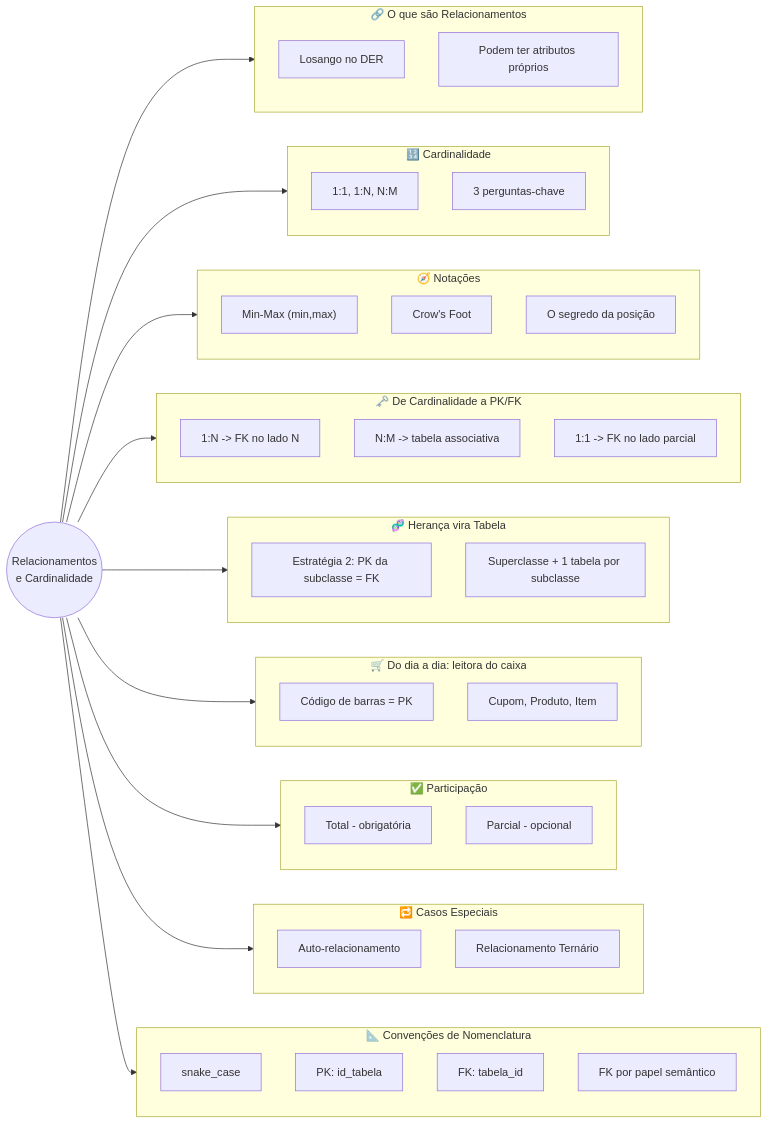
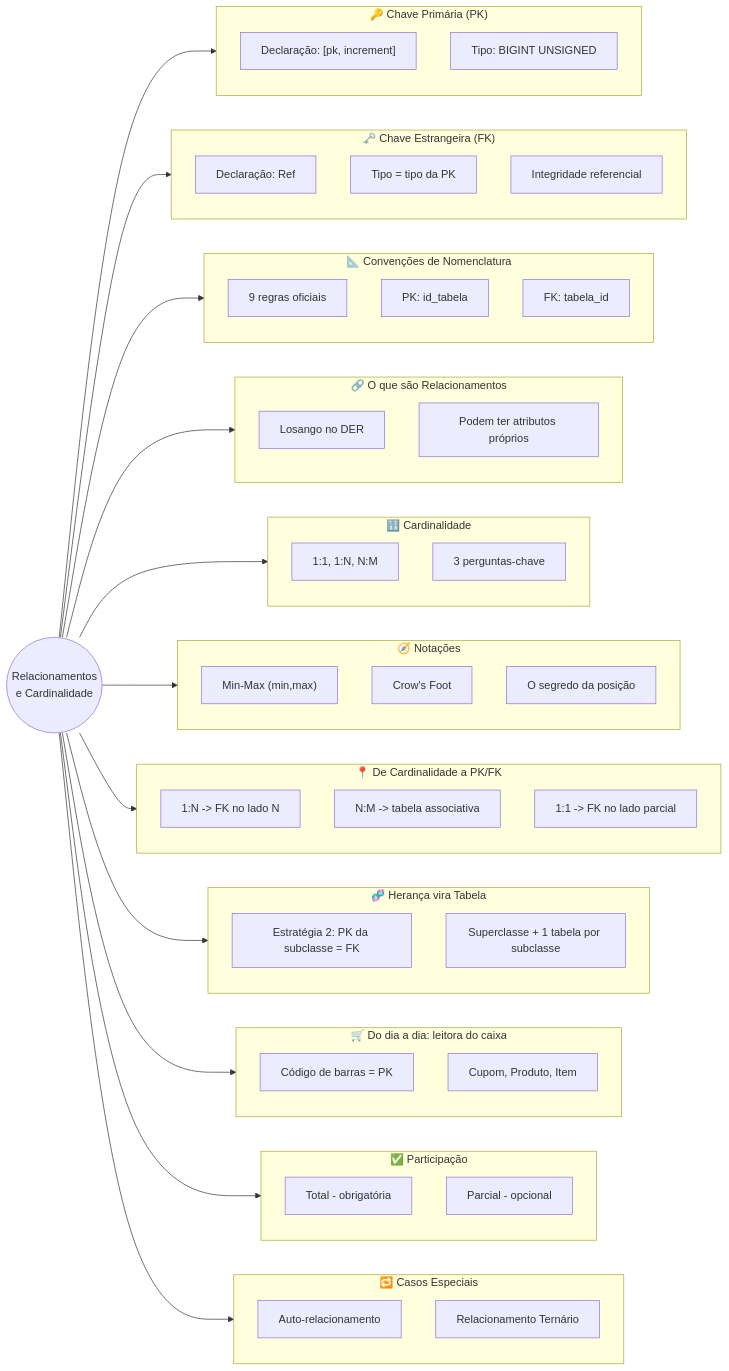
One commit to GTI-Fatec-Jahu/BDA-GTI-2026-2 changed the first of 13 diagrams in docs/aulas/Aula_03_Relacionamentos_Cardinalidade.md. Above: the diagram before and after it, drawn with Mermaid. The commit also changed other lines of this file and 3 other files, not shown here.

````diff
--- a/docs/aulas/Aula_03_Relacionamentos_Cardinalidade.md
+++ b/docs/aulas/Aula_03_Relacionamentos_Cardinalidade.md
@@ -28,69 +30,83 @@
     ROOT(("Relacionamentos<br/>e Cardinalidade"))
 
     ROOT --> T1
-    subgraph T1["🔗 O que são Relacionamentos"]
+    subgraph T1["🔑 Chave Primária (PK)"]
         direction TB
-        T1A["Losango no DER"]
-        T1B["Podem ter atributos próprios"]
+        T1A["Declaração: [pk, increment]"]
+        T1B["Tipo: BIGINT UNSIGNED"]
     end
 
     ROOT --> T2
-    subgraph T2["🔢 Cardinalidade"]
+    subgraph T2["🗝️ Chave Estrangeira (FK)"]
         direction TB
-        T2A["1:1, 1:N, N:M"]
-        T2B["3 perguntas-chave"]
+        T2A["Declaração: Ref"]
+        T2B["Tipo = tipo da PK"]
+        T2C["Integridade referencial"]
     end
 
     ROOT --> T3
-    subgraph T3["🧭 Notações"]
+    subgraph T3["📐 Convenções de Nomenclatura"]
         direction TB
-        T3A["Min-Max (min,max)"]
-        T3B["Crow's Foot"]
-        T3C["O segredo da posição"]
+        T3A["9 regras oficiais"]
+        T3B["PK: id_tabela"]
+        T3C["FK: tabela_id"]
     end
 
     ROOT --> T4
-    subgraph T4["🗝️ De Cardinalidade a PK/FK"]
+    subgraph T4["🔗 O que são Relacionamentos"]
         direction TB
-        T4A["1:N -> FK no lado N"]
-        T4B["N:M -> tabela associativa"]
-        T4C["1:1 -> FK no lado parcial"]
+        T4A["Losango no DER"]
+        T4B["Podem ter atributos próprios"]
     end
 
     ROOT --> T5
-    subgraph T5["🧬 Herança vira Tabela"]
+    subgraph T5["🔢 Cardinalidade"]
         direction TB
-        T5A["Estratégia 2: PK da subclasse = FK"]
-        T5B["Superclasse + 1 tabela por subclasse"]
+        T5A["1:1, 1:N, N:M"]
+        T5B["3 perguntas-chave"]
     end
 
     ROOT --> T6
-    subgraph T6["🛒 Do dia a dia: leitora do caixa"]
+    subgraph T6["🧭 Notações"]
         direction TB
-        T6A["Código de barras = PK"]
-        T6B["Cupom, Produto, Item"]
+        T6A["Min-Max (min,max)"]
+        T6B["Crow's Foot"]
+        T6C["O segredo da posição"]
     end
 
     ROOT --> T7
-    subgraph T7["✅ Participação"]
+    subgraph T7["📍 De Cardinalidade a PK/FK"]
         direction TB
-        T7A["Total - obrigatória"]
-        T7B["Parcial - opcional"]
+        T7A["1:N -> FK no lado N"]
+        T7B["N:M -> tabela associativa"]
+        T7C["1:1 -> FK no lado parcial"]
     end
 
     ROOT --> T8
-    subgraph T8["🔁 Casos Especiais"]
+    subgraph T8["🧬 Herança vira Tabela"]
         direction TB
-        T8A["Auto-relacionamento"]
-        T8B["Relacionamento Ternário"]
+        T8A["Estratégia 2: PK da subclasse = FK"]
+        T8B["Superclasse + 1 tabela por subclasse"]
     end
 
     ROOT --> T9
-    subgraph T9["📐 Convenções de Nomenclatura"]
+    subgraph T9["🛒 Do dia a dia: leitora do caixa"]
         direction TB
-        T9A["snake_case"]
-        T9B["PK: id_tabela"]
-        T9C["FK: tabela_id"]
-        T9D["FK por papel semântico"]
+        T9A["Código de barras = PK"]
+        T9B["Cupom, Produto, Item"]
+    end
+
+    ROOT --> T10
+    subgraph T10["✅ Participação"]
+        direction TB
+        T10A["Total - obrigatória"]
+        T10B["Parcial - opcional"]
+    end
+
+    ROOT --> T11
+    subgraph T11["🔁 Casos Especiais"]
+        direction TB
+        T11A["Auto-relacionamento"]
+        T11B["Relacionamento Ternário"]
     end
 ```
````
